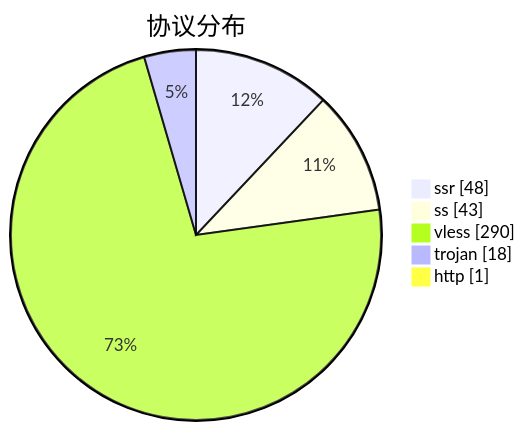
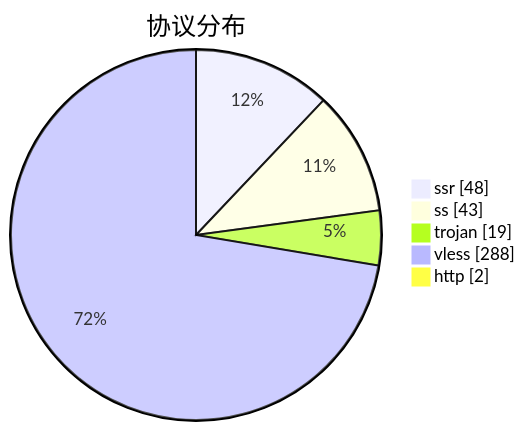
The third of 3 diagrams in subs/statistics/tested_within.md (qjlxg/airport), drawn with Mermaid before and after one commit. The commit also changed other lines of this file and 2 other files, not shown here.

````diff
--- a/subs/statistics/tested_within.md
+++ b/subs/statistics/tested_within.md
@@ -19,9 +20,9 @@
 ```mermaid
 pie showData
 title 协议分布
 "ssr" : 48
 "ss" : 43
-"vless" : 290
-"trojan" : 18
-"http" : 1
+"trojan" : 19
+"vless" : 288
+"http" : 2
 ```
````
